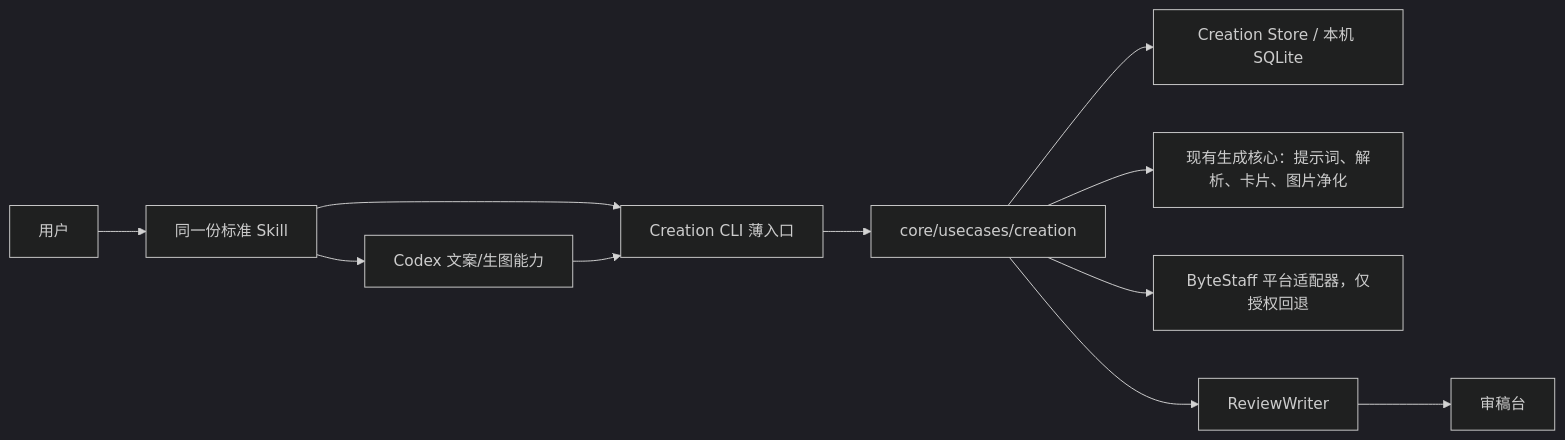
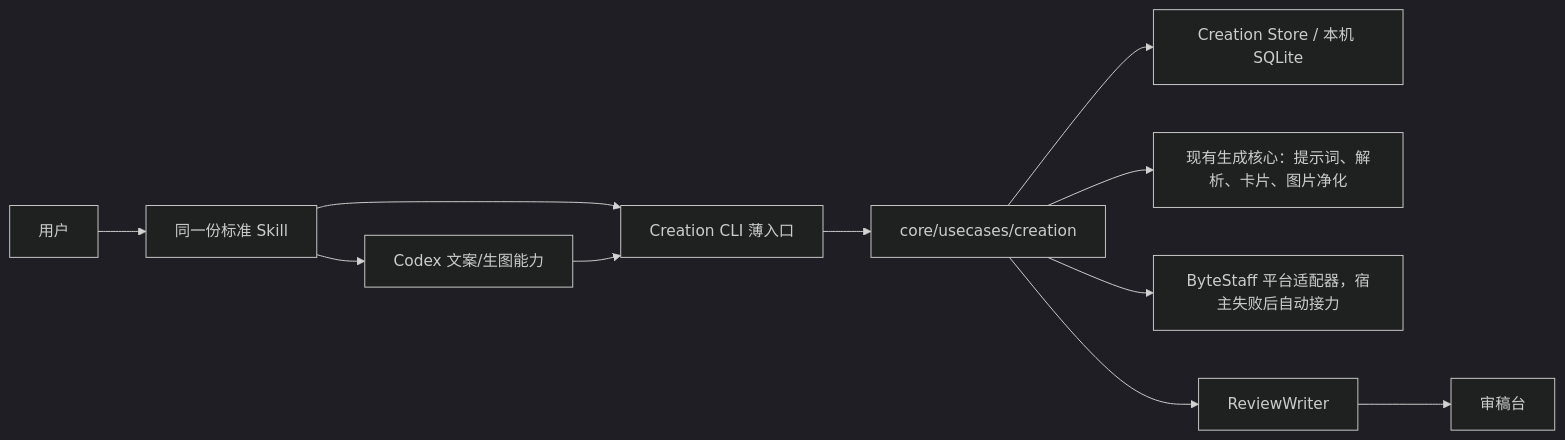
The third of 3 diagrams in docs/host-ai-skill-generation-blueprint.md (jidouqie/redbeacon), drawn with Mermaid (dark theme) before and after one commit. The commit also changed other lines of this file and 6 other files, not shown here.

````diff
--- a/docs/host-ai-skill-generation-blueprint.md
+++ b/docs/host-ai-skill-generation-blueprint.md
@@ -259,13 +257,13 @@
 ```mermaid
 flowchart LR
     U["用户"] --> S["同一份标准 Skill"]
     S --> C["Creation CLI 薄入口"]
     C --> UC["core/usecases/creation"]
     UC --> DB["Creation Store / 本机 SQLite"]
     UC --> G["现有生成核心：提示词、解析、卡片、图片净化"]
     S --> H["Codex 文案/生图能力"]
     H --> C
-    UC --> P["ByteStaff 平台适配器，仅授权回退"]
+    UC --> P["ByteStaff 平台适配器，宿主失败后自动接力"]
     UC --> R["ReviewWriter"]
     R --> UI["审稿台"]
 ```
````
